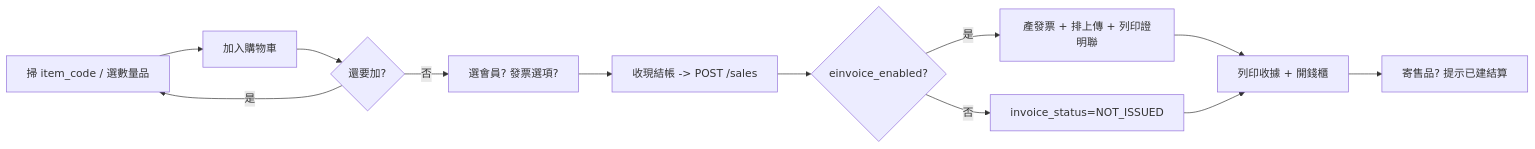
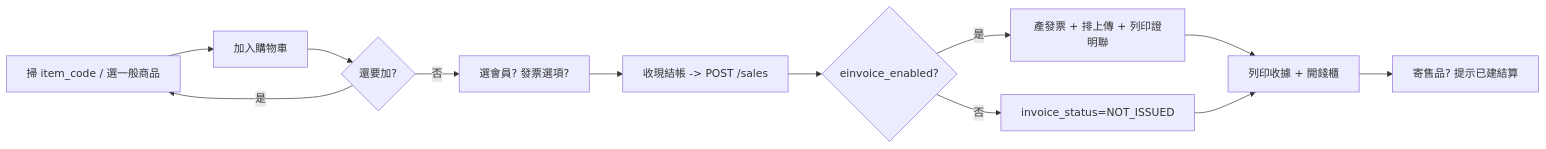
Before and after one commit to achicn3/lu-camp: the first of 3 diagrams in docs/10-frontend-spec.md, drawn with Mermaid. The commit also changed other lines of this file and 67 other files, not shown here.

````diff
--- a/docs/10-frontend-spec.md
+++ b/docs/10-frontend-spec.md
@@ -70,14 +70,14 @@
 ```mermaid
 flowchart LR
-    A[掃 item_code / 選數量品] --> B[加入購物車]
+    A[掃 item_code / 選一般商品] --> B[加入購物車]
     B --> C{還要加?}
     C -->|是| A
     C -->|否| D[選會員? 發票選項?]
     D --> E[收現結帳 -> POST /sales]
     E --> F{einvoice_enabled?}
     F -->|是| G[產發票 + 排上傳 + 列印證明聯]
     F -->|否| H[invoice_status=NOT_ISSUED]
     G --> I[列印收據 + 開錢櫃]
     H --> I
     I --> J[寄售品? 提示已建結算]
 ```
````
